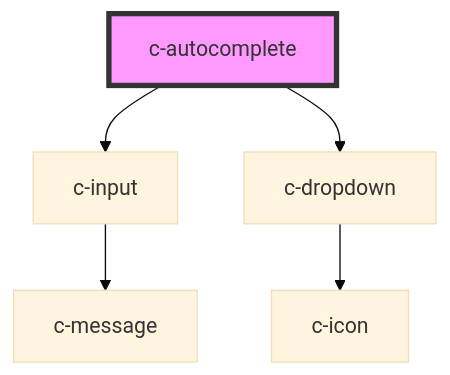
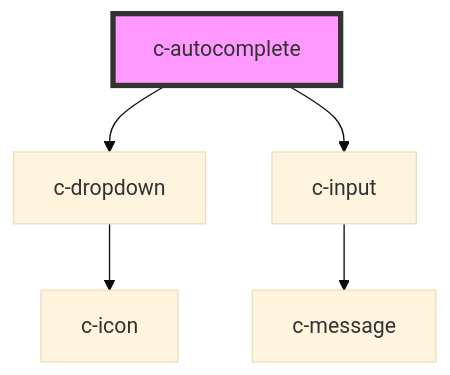
One commit to CSCfi/ui changed the diagram in packages/csc-ui/src/components/c-autocomplete/readme.md. Above: the diagram before and after it, drawn with Mermaid (base theme). The commit also changed other lines of this file and 8 other files, not shown here.

````diff
--- a/packages/csc-ui/src/components/c-autocomplete/readme.md
+++ b/packages/csc-ui/src/components/c-autocomplete/readme.md
@@ -126,8 +126,8 @@
 ```mermaid
 graph TD;
+  c-autocomplete --> c-dropdown
   c-autocomplete --> c-input
-  c-autocomplete --> c-dropdown
+  c-dropdown --> c-icon
   c-input --> c-message
-  c-dropdown --> c-icon
   style c-autocomplete fill:#f9f,stroke:#333,stroke-width:4px
 ```
````
